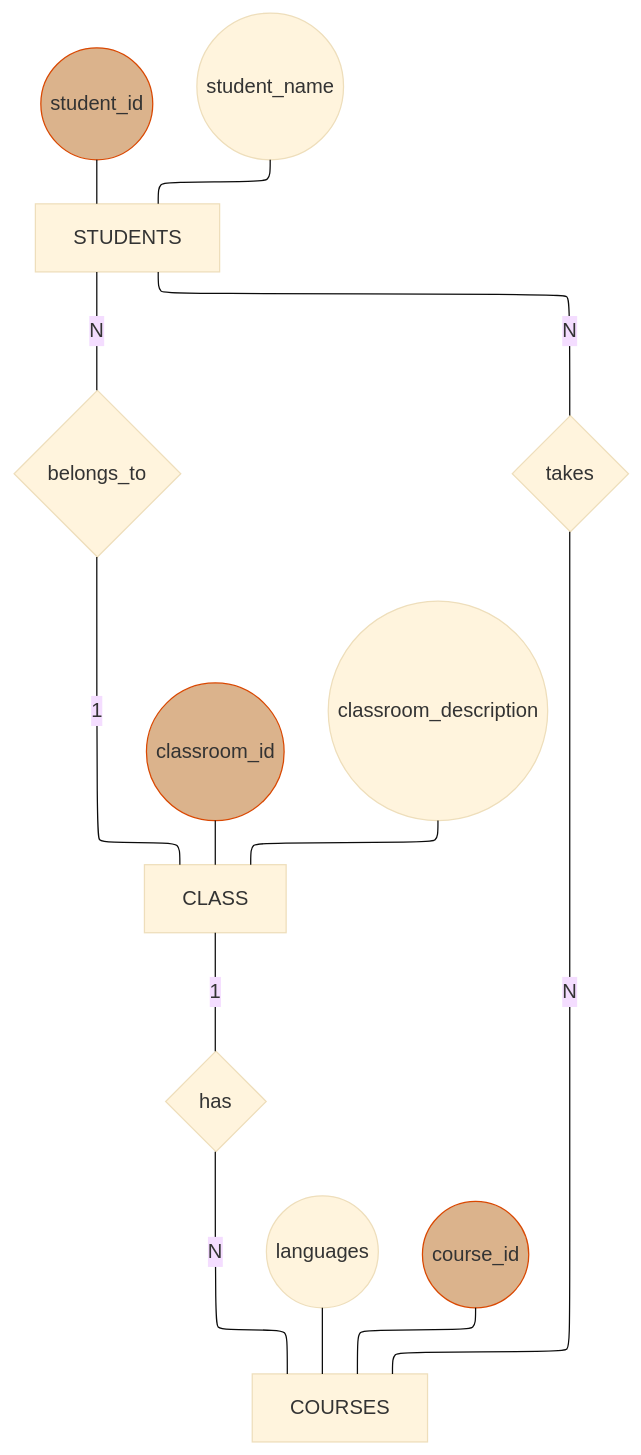
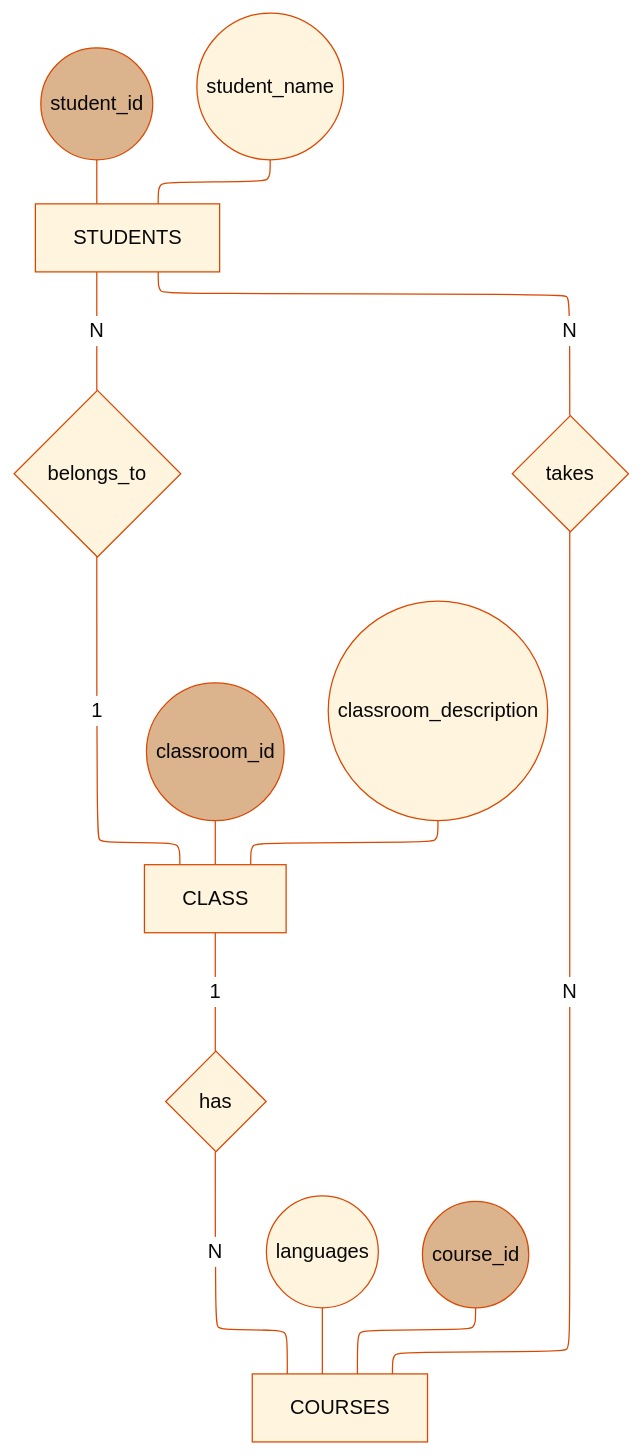
The first of 2 diagrams in README.md (sara-vazquez/db-normalization), drawn with Mermaid before and after one commit.

````diff
--- a/README.md
+++ b/README.md
@@ -8,50 +8,48 @@
 ```mermaid
 ---
 config:
   theme: base
+  themeVariables:
+    lineColor: '#D94802'
+    primaryTextColor: '#080808'
+    primaryBorderColor: '#D94802'
+    edgeLabelBackground: '#ffffff'
   layout: elk
 ---
 flowchart TD
-    %% Entidades (rectángulos)
     B[STUDENTS]
     E[CLASS]
     G[COURSES]
     
-    %% Atributos (óvalos) - STUDENTS
     A((student_id))
     C((student_name))
     
-    %% Atributos (óvalos) - CLASS
     D((classroom_id))
     F((classroom_description))
     
-    %% Atributos (óvalos) - COURSES
     H((languages))
     I((course_id))
     
-    %% Relaciones (rombos)
     J{belongs_to}
     K{has}
     L{takes}
     
-    %% Conexiones de atributos a entidades
     A --- B
     C --- B
     D --- E
     F --- E
     H --- G
     I --- G
     
-    %% Relaciones entre entidades con cardinalidades
     B ---|N| J
     J ---|1| E
     E ---|1| K
     K ---|N| G
     B ---|N| L
     L ---|N| G
     
-    %% Subrayado para claves primarias
     style A fill:#DBB38C,stroke:#D94802,stroke-width:1px
     style D fill:#DBB38C,stroke:#D94802,stroke-width:1px  
     style I fill:#DBB38C,stroke:#D94802,stroke-width:1px
+
 ```
````
